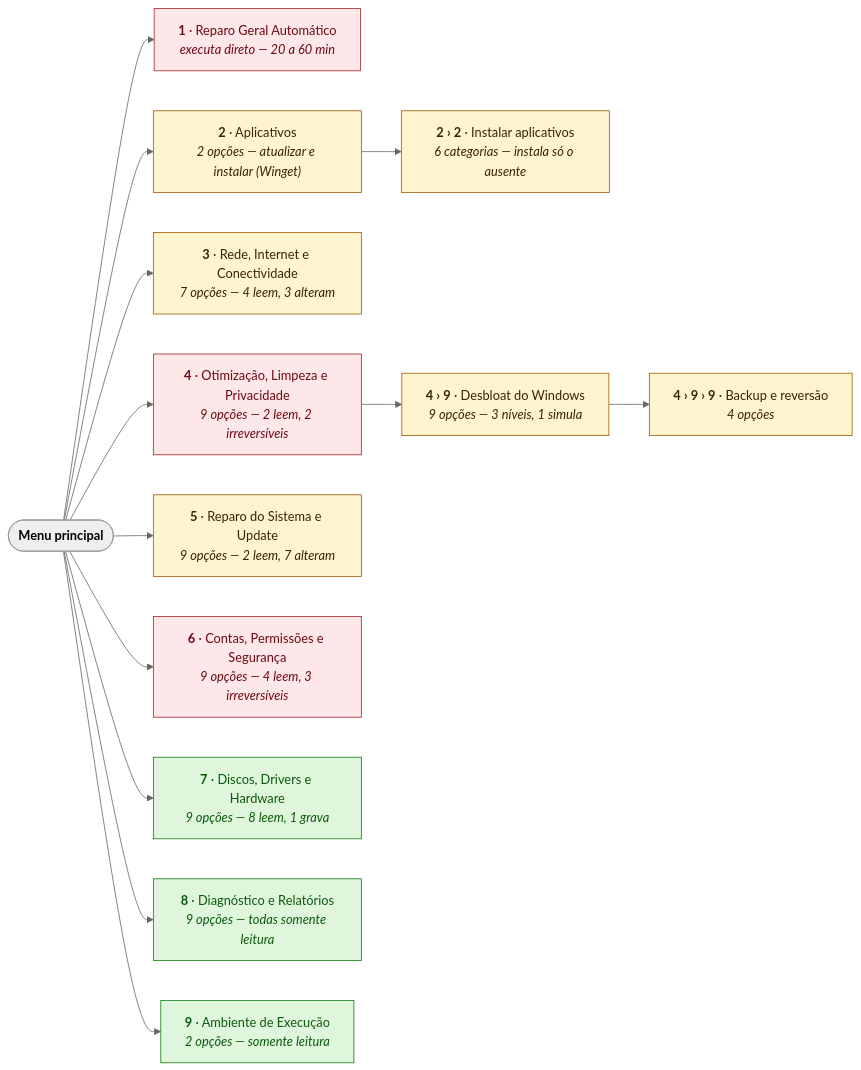
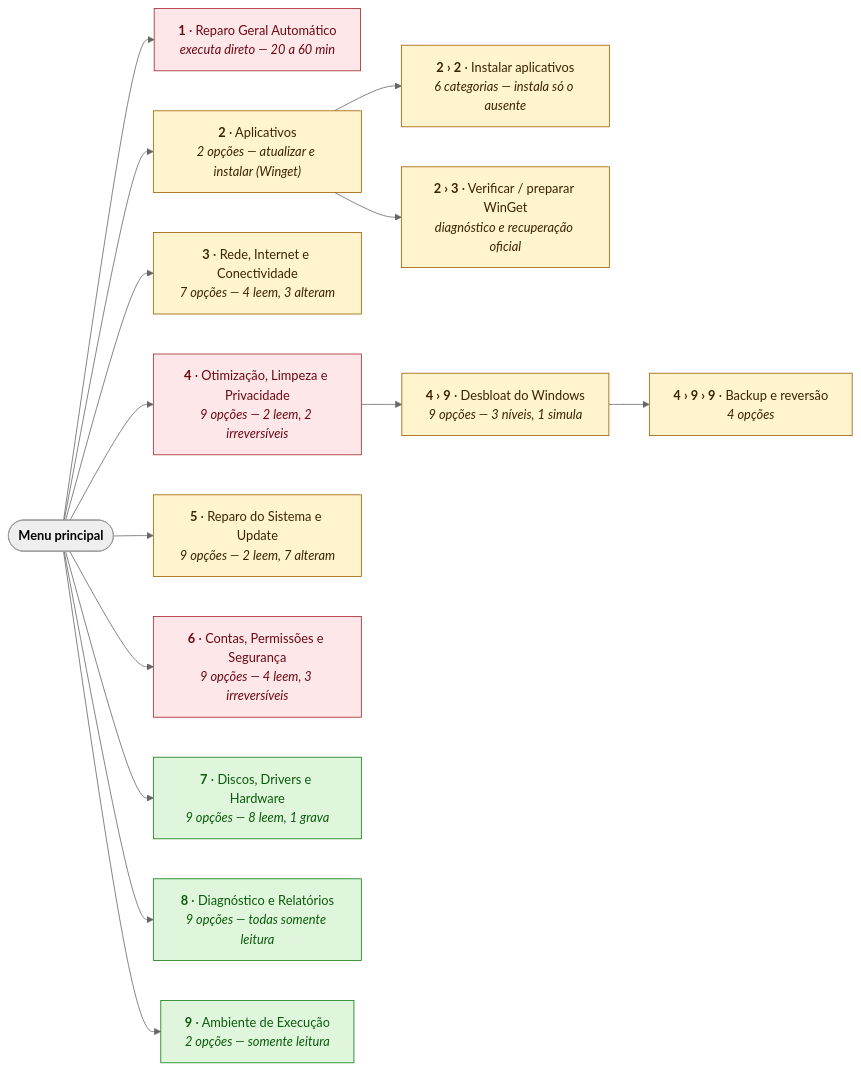
Before and after one commit to edsilas/COMPARTDISK: the second of 3 diagrams in README.md, drawn with Mermaid (neutral theme). The commit also changed other lines of this file and 11 other files, not shown here.

First line of the commit message:
feat(winget): diagnóstico e preparação do WinGet quando ele não está disponível

````diff
--- a/README.md
+++ b/README.md
@@ -335,27 +335,28 @@
 ```mermaid
 flowchart LR
     MP(["<b>Menu principal</b>"])
 
     MP --> M1["<b>1</b> · Reparo Geral Automático<br/><i>executa direto — 20 a 60 min</i>"]
     MP --> M2["<b>2</b> · Aplicativos<br/><i>2 opções — atualizar e instalar (Winget)</i>"]
     MP --> M3["<b>3</b> · Rede, Internet e Conectividade<br/><i>7 opções — 4 leem, 3 alteram</i>"]
     MP --> M4["<b>4</b> · Otimização, Limpeza e Privacidade<br/><i>9 opções — 2 leem, 2 irreversíveis</i>"]
     MP --> M5["<b>5</b> · Reparo do Sistema e Update<br/><i>9 opções — 2 leem, 7 alteram</i>"]
     MP --> M6["<b>6</b> · Contas, Permissões e Segurança<br/><i>9 opções — 4 leem, 3 irreversíveis</i>"]
     MP --> M7["<b>7</b> · Discos, Drivers e Hardware<br/><i>9 opções — 8 leem, 1 grava</i>"]
     MP --> M8["<b>8</b> · Diagnóstico e Relatórios<br/><i>9 opções — todas somente leitura</i>"]
     MP --> M9["<b>9</b> · Ambiente de Execução<br/><i>2 opções — somente leitura</i>"]
 
     M2 --> AP["<b>2 › 2</b> · Instalar aplicativos<br/><i>6 categorias — instala só o ausente</i>"]
+    M2 --> WG["<b>2 › 3</b> · Verificar / preparar WinGet<br/><i>diagnóstico e recuperação oficial</i>"]
 
     M4 --> DB["<b>4 › 9</b> · Desbloat do Windows<br/><i>9 opções — 3 níveis, 1 simula</i>"]
     DB --> BK["<b>4 › 9 › 9</b> · Backup e reversão<br/><i>4 opções</i>"]
 
     classDef leitura fill:#DFF6DD,stroke:#107C10,color:#0B5A0B
     classDef altera fill:#FFF4CE,stroke:#9D5D00,color:#3B2300
     classDef critico fill:#FDE7E9,stroke:#A4262C,color:#6E0811
     class M8,M9 leitura
-    class M2,M3,M5,AP,DB,BK altera
+    class M2,M3,M5,AP,WG,DB,BK altera
     class M1,M4,M6 critico
     class M7 leitura
 ```
````
